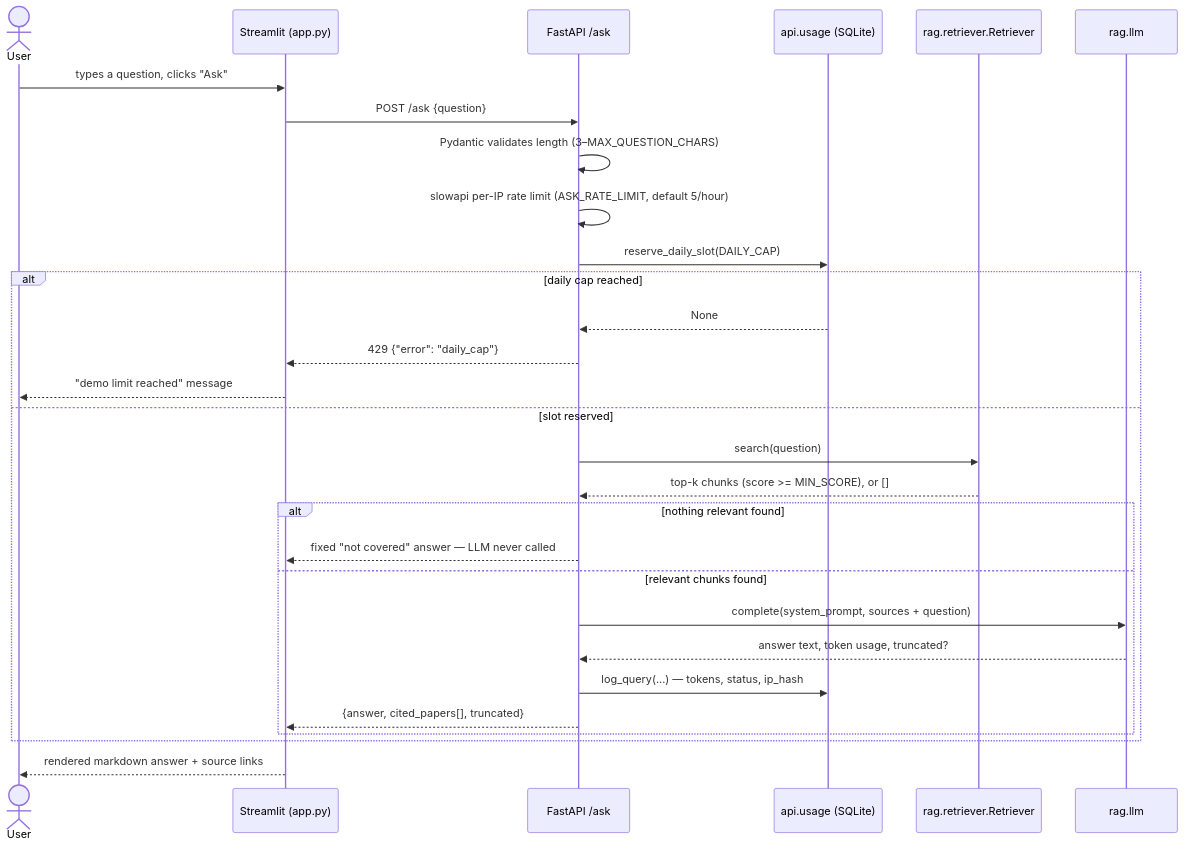
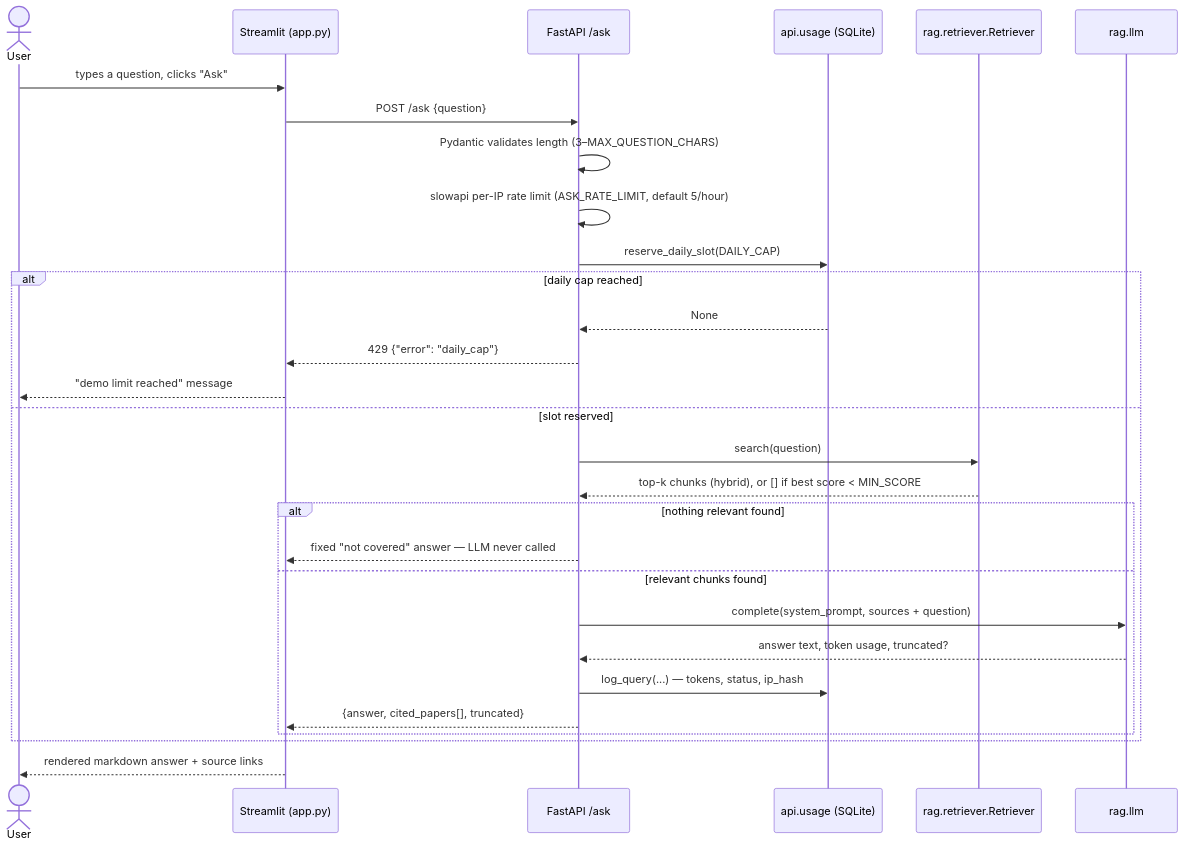
The third of 4 diagrams in README.md (anastber/arxiv-research-radar), drawn with Mermaid before and after one commit. The commit also changed other lines of this file and 12 other files, not shown here.

````diff
--- a/README.md
+++ b/README.md
@@ -158,32 +158,32 @@
 ```mermaid
 sequenceDiagram
     actor User
     participant UI as Streamlit (app.py)
     participant API as FastAPI /ask
     participant Usage as api.usage (SQLite)
     participant Ret as rag.retriever.Retriever
     participant LLM as rag.llm
 
     User->>UI: types a question, clicks "Ask"
     UI->>API: POST /ask {question}
     API->>API: Pydantic validates length (3–MAX_QUESTION_CHARS)
     API->>API: slowapi per-IP rate limit (ASK_RATE_LIMIT, default 5/hour)
     API->>Usage: reserve_daily_slot(DAILY_CAP)
     alt daily cap reached
         Usage-->>API: None
         API-->>UI: 429 {"error": "daily_cap"}
         UI-->>User: "demo limit reached" message
     else slot reserved
         API->>Ret: search(question)
-        Ret-->>API: top-k chunks (score >= MIN_SCORE), or []
+        Ret-->>API: top-k chunks (hybrid), or [] if best score < MIN_SCORE
         alt nothing relevant found
             API-->>UI: fixed "not covered" answer — LLM never called
         else relevant chunks found
             API->>LLM: complete(system_prompt, sources + question)
             LLM-->>API: answer text, token usage, truncated?
             API->>Usage: log_query(...) — tokens, status, ip_hash
             API-->>UI: {answer, cited_papers[], truncated}
         end
     end
     UI-->>User: rendered markdown answer + source links
 ```
````
